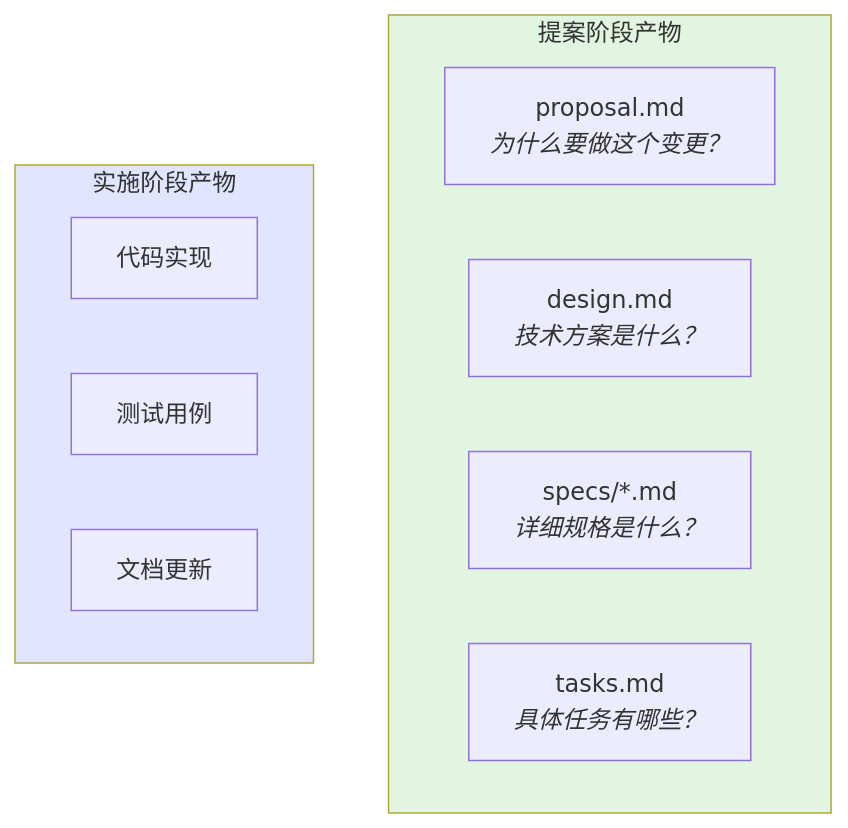
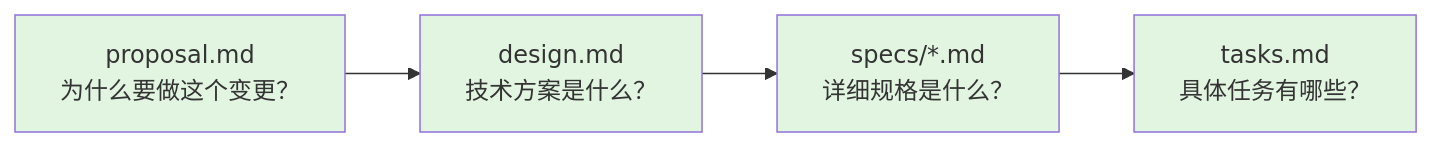
The ninth of 16 diagrams in docs/openspec/01-overview.md (lihaizhong/niuma), drawn with Mermaid before and after one commit. The commit also changed other lines of this file and 22 other files, not shown here.

First line of the commit message:
refactor: convert OpenSpec schemas to official CLI format

````diff
--- a/docs/openspec/01-overview.md
+++ b/docs/openspec/01-overview.md
@@ -206,18 +230,14 @@
 ```mermaid
-flowchart TB
-    subgraph Propose["提案阶段产物"]
-        P1["proposal.md<br/><i>为什么要做这个变更？</i>"]
-        P2["design.md<br/><i>技术方案是什么？</i>"]
-        P3["specs/*.md<br/><i>详细规格是什么？</i>"]
-        P4["tasks.md<br/><i>具体任务有哪些？</i>"]
-    end
+flowchart LR
+    P1["proposal.md<br/>为什么要做这个变更？"]
+    P2["design.md<br/>技术方案是什么？"]
+    P3["specs/*.md<br/>详细规格是什么？"]
+    P4["tasks.md<br/>具体任务有哪些？"]
 
-    subgraph Implement["实施阶段产物"]
-        I1["代码实现"]
-        I2["测试用例"]
-        I3["文档更新"]
-    end
+    P1 --> P2 --> P3 --> P4
 
-    style Propose fill:#e1f5e1
-    style Implement fill:#e1e5ff
+    style P1 fill:#e1f5e1
+    style P2 fill:#e1f5e1
+    style P3 fill:#e1f5e1
+    style P4 fill:#e1f5e1
 ```
````
